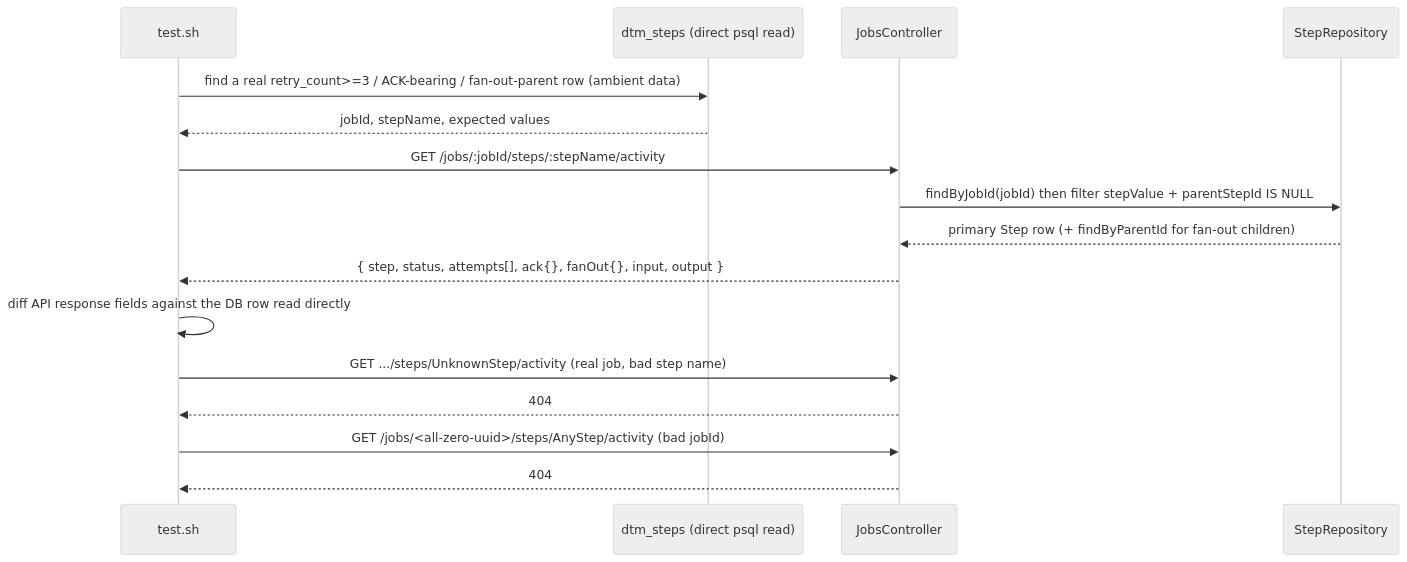
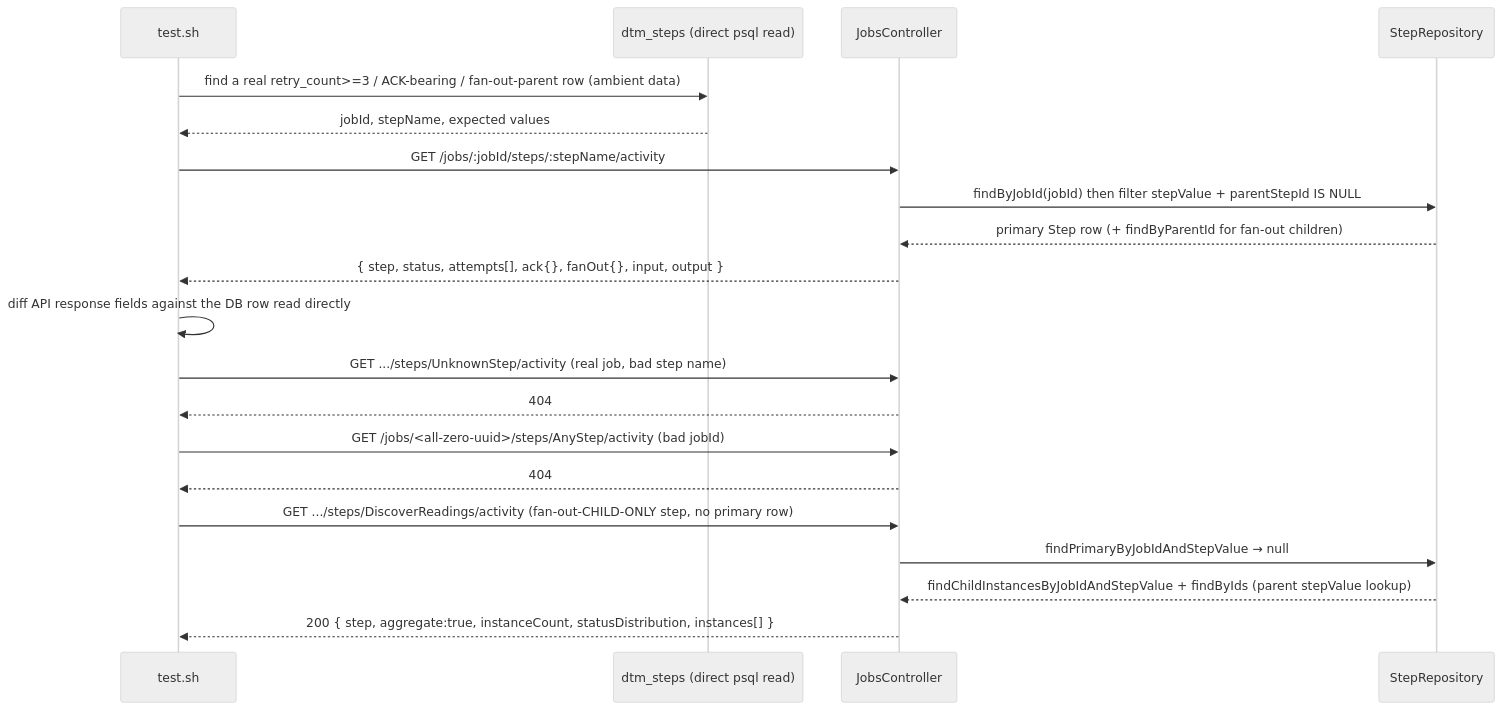
Before and after one commit to inctasoft/setpoint-evals-dtm-examples: the diagram in setpoint-evals/SE-25-job-step-activity-endpoint/README.md, drawn with Mermaid (neutral theme). The commit also changed other lines of this file and 4 other files, not shown here.

````diff
--- a/setpoint-evals/SE-25-job-step-activity-endpoint/README.md
+++ b/setpoint-evals/SE-25-job-step-activity-endpoint/README.md
@@ -40,19 +53,23 @@
 ```mermaid
 sequenceDiagram
     participant T as test.sh
     participant DB as dtm_steps (direct psql read)
     participant O as JobsController
     participant R as StepRepository
 
     T->>DB: find a real retry_count>=3 / ACK-bearing / fan-out-parent row (ambient data)
     DB-->>T: jobId, stepName, expected values
     T->>O: GET /jobs/:jobId/steps/:stepName/activity
     O->>R: findByJobId(jobId) then filter stepValue + parentStepId IS NULL
     R-->>O: primary Step row (+ findByParentId for fan-out children)
     O-->>T: { step, status, attempts[], ack{}, fanOut{}, input, output }
     T->>T: diff API response fields against the DB row read directly
     T->>O: GET .../steps/UnknownStep/activity  (real job, bad step name)
     O-->>T: 404
     T->>O: GET /jobs/<all-zero-uuid>/steps/AnyStep/activity  (bad jobId)
     O-->>T: 404
+    T->>O: GET .../steps/DiscoverReadings/activity  (fan-out-CHILD-ONLY step, no primary row)
+    O->>R: findPrimaryByJobIdAndStepValue → null
+    R-->>O: findChildInstancesByJobIdAndStepValue + findByIds (parent stepValue lookup)
+    O-->>T: 200 { step, aggregate:true, instanceCount, statusDistribution, instances[] }
 ```
````
